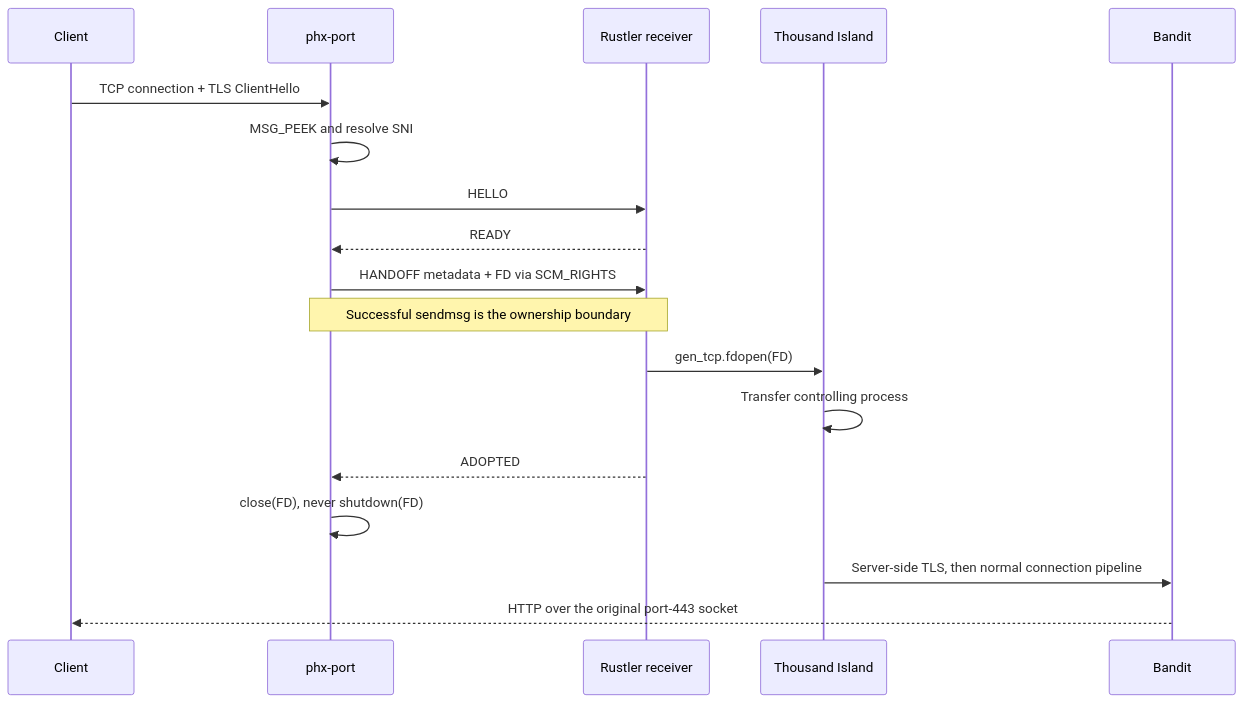
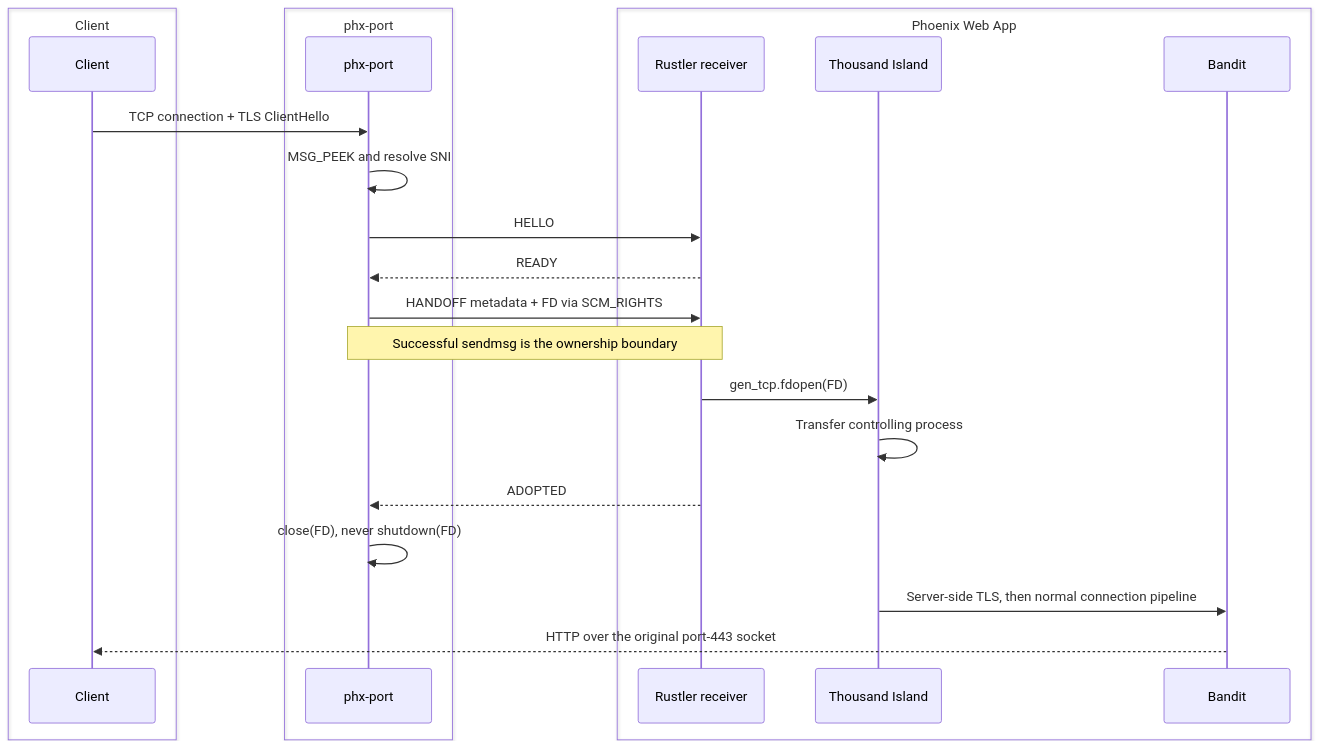
One commit to chgeuer/phx-port changed the second of 2 diagrams in docs/socket-forwarding-design.md. Above: the diagram before and after it, drawn with Mermaid. The commit also changed other lines of this file and 5 other files, not shown here.

````diff
--- a/docs/socket-forwarding-design.md
+++ b/docs/socket-forwarding-design.md
@@ -215,21 +218,27 @@
 ```mermaid
 sequenceDiagram
+    box Client
     participant Client
+    end
+    box phx-port
     participant Daemon as phx-port
+    end
+    box Phoenix Web App
     participant NIF as Rustler receiver
     participant TI as Thousand Island
     participant Bandit
+    end
 
     Client->>Daemon: TCP connection + TLS ClientHello
     Daemon->>Daemon: MSG_PEEK and resolve SNI
     Daemon->>NIF: HELLO
     NIF-->>Daemon: READY
     Daemon->>NIF: HANDOFF metadata + FD via SCM_RIGHTS
     Note over Daemon,NIF: Successful sendmsg is the ownership boundary
     NIF->>TI: gen_tcp.fdopen(FD)
     TI->>TI: Transfer controlling process
     NIF-->>Daemon: ADOPTED
     Daemon->>Daemon: close(FD), never shutdown(FD)
     TI->>Bandit: Server-side TLS, then normal connection pipeline
     Bandit-->>Client: HTTP over the original port-443 socket
 ```
````
